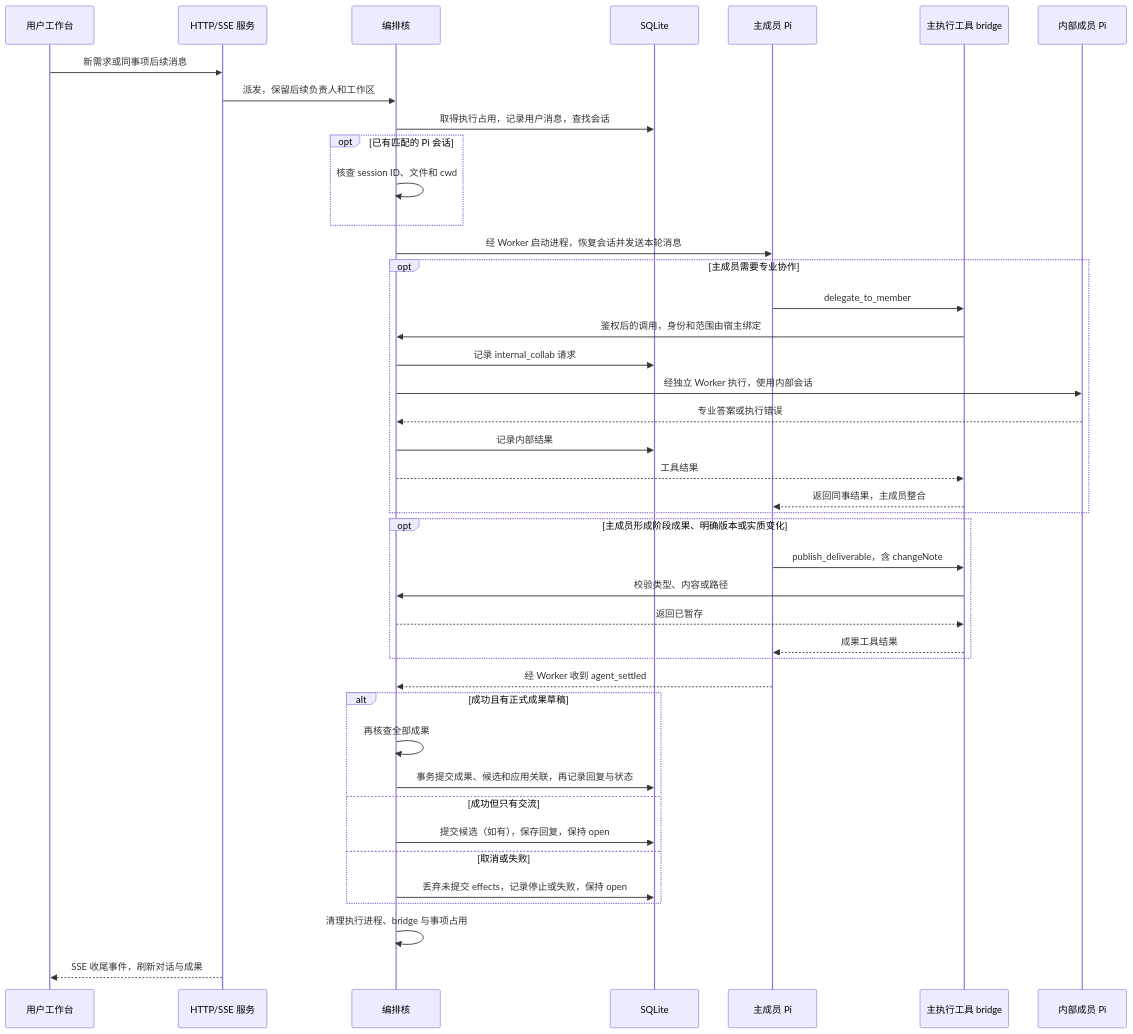
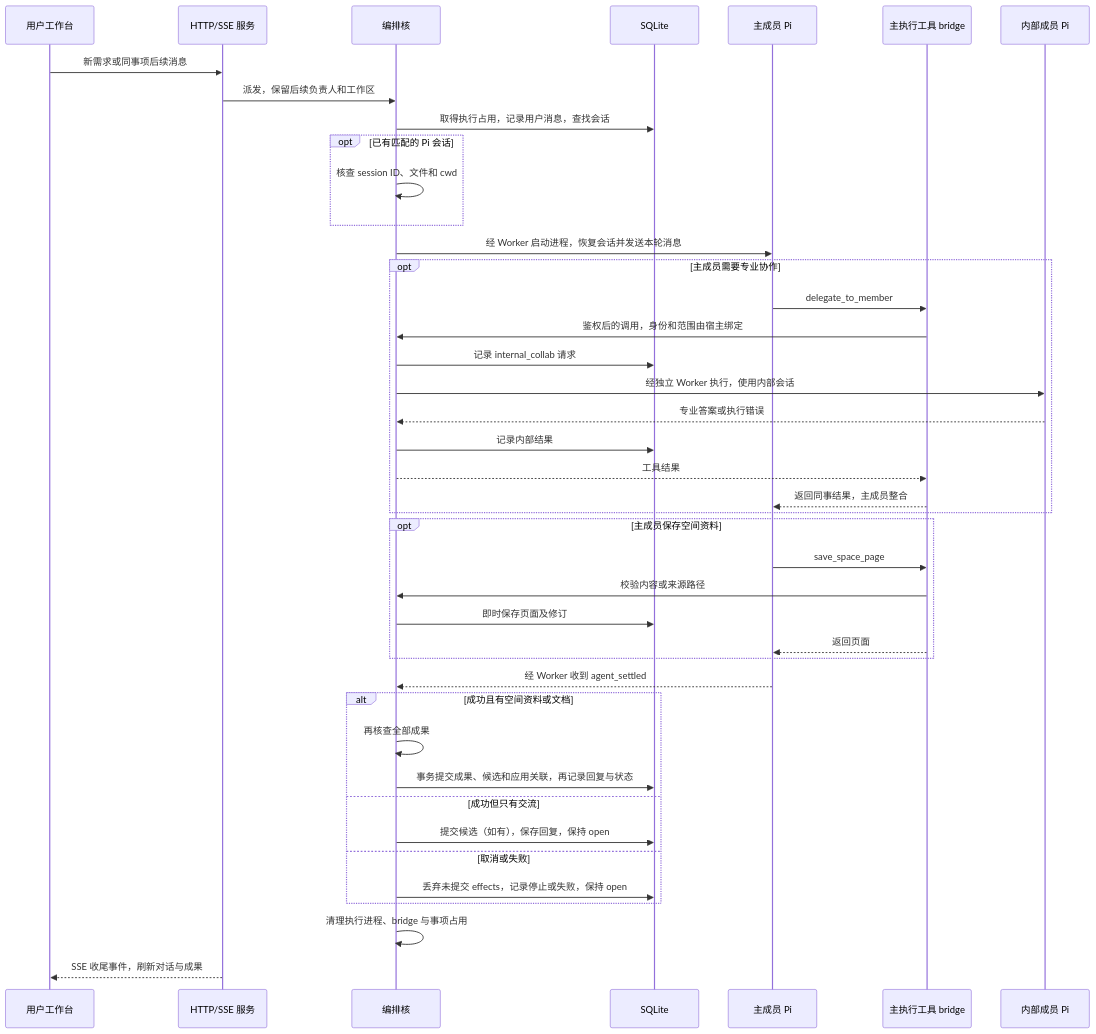
One commit to civaapple-alt/personal-agent changed the second of 2 diagrams in docs/concepts/architecture-and-plan.md. Above: the diagram before and after it, drawn with Mermaid. The commit also changed other lines of this file and 59 other files, not shown here.

````diff
--- a/docs/concepts/architecture-and-plan.md
+++ b/docs/concepts/architecture-and-plan.md
@@ -238,45 +236,45 @@
 ```mermaid
 sequenceDiagram
     participant U as 用户工作台
     participant A as HTTP/SSE 服务
     participant O as 编排核
     participant S as SQLite
     participant M as 主成员 Pi
     participant B as 主执行工具 bridge
     participant C as 内部成员 Pi
 
     U->>A: 新需求或同事项后续消息
     A->>O: 派发，保留后续负责人和工作区
     O->>S: 取得执行占用，记录用户消息，查找会话
     opt 已有匹配的 Pi 会话
         O->>O: 核查 session ID、文件和 cwd
     end
     O->>M: 经 Worker 启动进程，恢复会话并发送本轮消息
     opt 主成员需要专业协作
         M->>B: delegate_to_member
         B->>O: 鉴权后的调用，身份和范围由宿主绑定
         O->>S: 记录 internal_collab 请求
         O->>C: 经独立 Worker 执行，使用内部会话
         C-->>O: 专业答案或执行错误
         O->>S: 记录内部结果
         O-->>B: 工具结果
         B-->>M: 返回同事结果，主成员整合
     end
-    opt 主成员形成阶段成果、明确版本或实质变化
-        M->>B: publish_deliverable，含 changeNote
-        B->>O: 校验类型、内容或路径
-        O-->>B: 返回已暂存
-        B-->>M: 成果工具结果
+    opt 主成员保存空间资料
+        M->>B: save_space_page
+        B->>O: 校验内容或来源路径
+        O->>S: 即时保存页面及修订
+        B-->>M: 返回页面
     end
     M-->>O: 经 Worker 收到 agent_settled
-    alt 成功且有正式成果草稿
+    alt 成功且有空间资料或文档
         O->>O: 再核查全部成果
         O->>S: 事务提交成果、候选和应用关联，再记录回复与状态
     else 成功但只有交流
         O->>S: 提交候选（如有），保存回复，保持 open
     else 取消或失败
         O->>S: 丢弃未提交 effects，记录停止或失败，保持 open
     end
     O->>O: 清理执行进程、bridge 与事项占用
     A-->>U: SSE 收尾事件，刷新对话与成果
 ```
````
